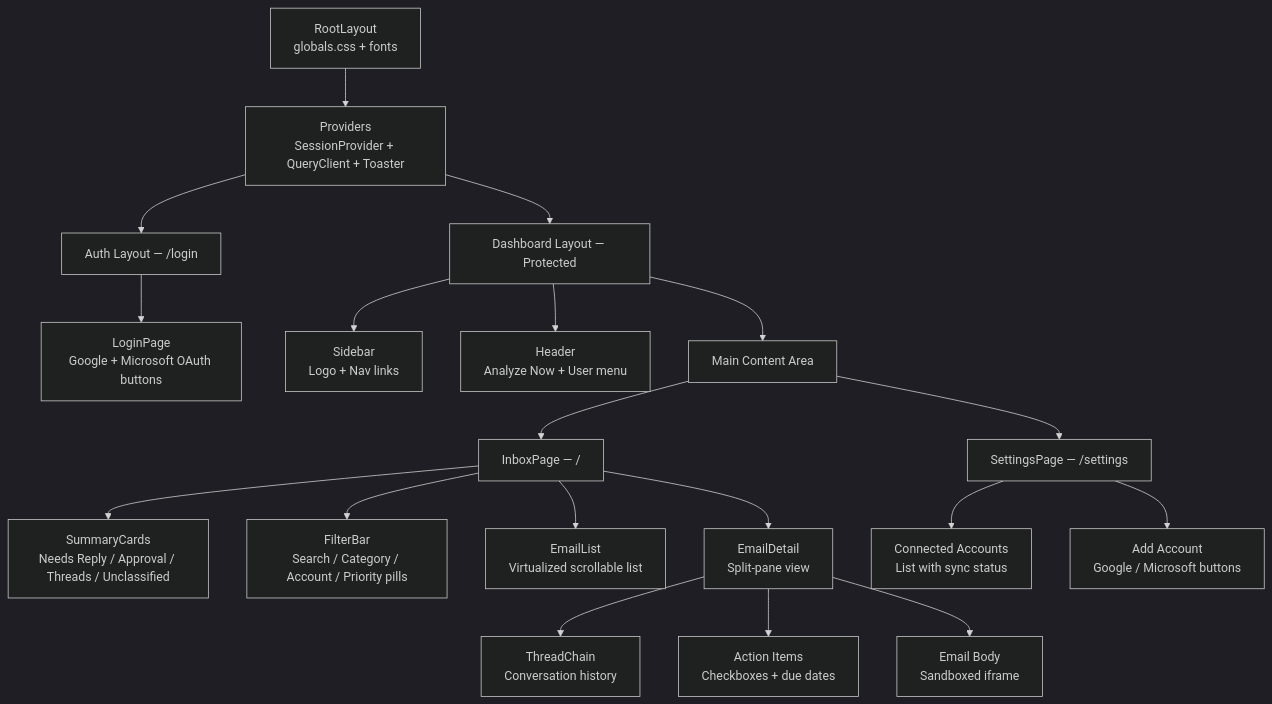
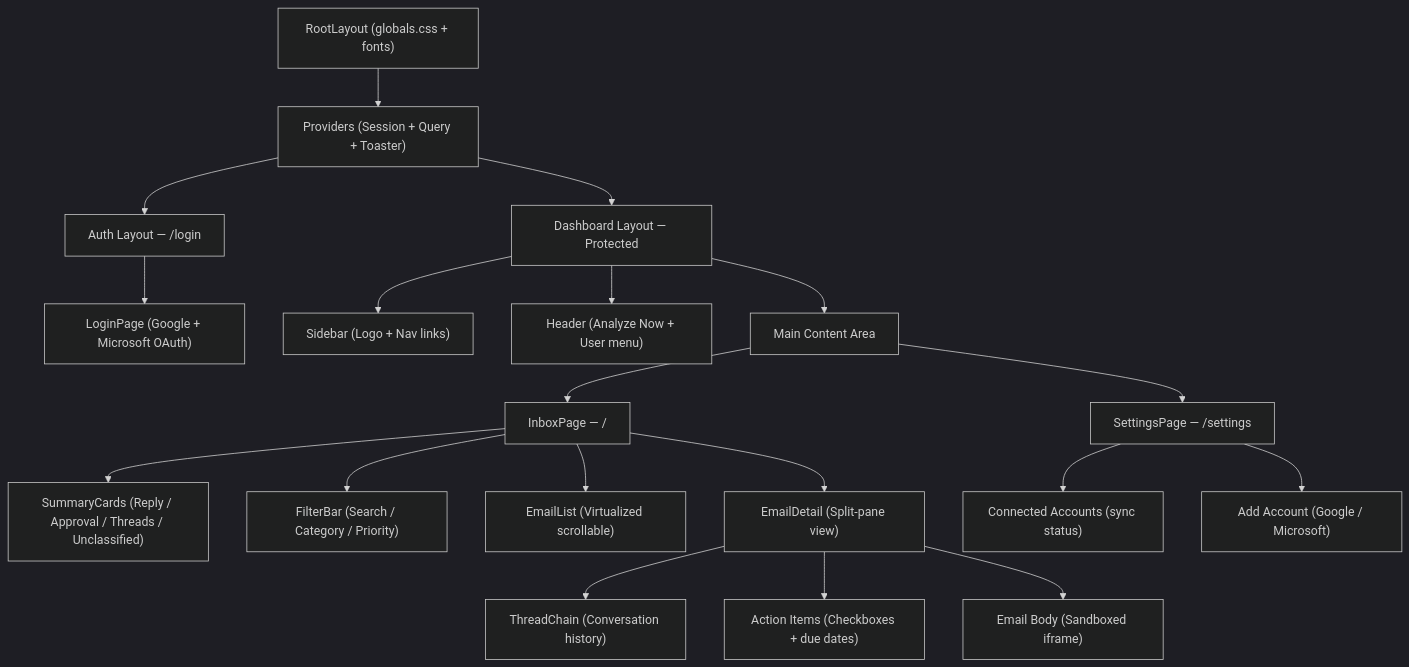
The eighth of 9 diagrams in README.md (viditkbhatnagar/Email-Agent), drawn with Mermaid (dark theme) before and after one commit. The commit also changed other lines of this file, not shown here.

First line of the commit message:
Fix Mermaid diagrams: replace HTML br tags with GitHub-compatible syntax

````diff
--- a/README.md
+++ b/README.md
@@ -424,29 +424,29 @@
 ```mermaid
 graph TD
-    ROOT[RootLayout<br/>globals.css + fonts]
-    ROOT --> PROVIDERS[Providers<br/>SessionProvider + QueryClient + Toaster]
+    ROOT["RootLayout (globals.css + fonts)"]
+    ROOT --> PROVIDERS["Providers (Session + Query + Toaster)"]
 
     PROVIDERS --> AUTH_LAYOUT["Auth Layout — /login"]
     PROVIDERS --> DASH_LAYOUT["Dashboard Layout — Protected"]
 
-    AUTH_LAYOUT --> LOGIN[LoginPage<br/>Google + Microsoft OAuth buttons]
+    AUTH_LAYOUT --> LOGIN["LoginPage (Google + Microsoft OAuth)"]
 
-    DASH_LAYOUT --> SIDEBAR[Sidebar<br/>Logo + Nav links]
-    DASH_LAYOUT --> HEADER[Header<br/>Analyze Now + User menu]
+    DASH_LAYOUT --> SIDEBAR["Sidebar (Logo + Nav links)"]
+    DASH_LAYOUT --> HEADER["Header (Analyze Now + User menu)"]
     DASH_LAYOUT --> MAIN[Main Content Area]
 
     MAIN --> INBOX["InboxPage — /"]
     MAIN --> SETTINGS["SettingsPage — /settings"]
 
-    INBOX --> SUMMARY[SummaryCards<br/>Needs Reply / Approval / Threads / Unclassified]
-    INBOX --> FILTER[FilterBar<br/>Search / Category / Account / Priority pills]
-    INBOX --> LIST[EmailList<br/>Virtualized scrollable list]
-    INBOX --> DETAIL[EmailDetail<br/>Split-pane view]
+    INBOX --> SUMMARY["SummaryCards (Reply / Approval / Threads / Unclassified)"]
+    INBOX --> FILTER["FilterBar (Search / Category / Priority)"]
+    INBOX --> LIST["EmailList (Virtualized scrollable)"]
+    INBOX --> DETAIL["EmailDetail (Split-pane view)"]
 
-    DETAIL --> THREAD[ThreadChain<br/>Conversation history]
-    DETAIL --> ACTIONS[Action Items<br/>Checkboxes + due dates]
-    DETAIL --> IFRAME[Email Body<br/>Sandboxed iframe]
+    DETAIL --> THREAD["ThreadChain (Conversation history)"]
+    DETAIL --> ACTIONS["Action Items (Checkboxes + due dates)"]
+    DETAIL --> IFRAME["Email Body (Sandboxed iframe)"]
 
-    SETTINGS --> ACCOUNTS_LIST[Connected Accounts<br/>List with sync status]
-    SETTINGS --> ADD_ACCOUNT[Add Account<br/>Google / Microsoft buttons]
+    SETTINGS --> ACCOUNTS_LIST["Connected Accounts (sync status)"]
+    SETTINGS --> ADD_ACCOUNT["Add Account (Google / Microsoft)"]
 ```
````
